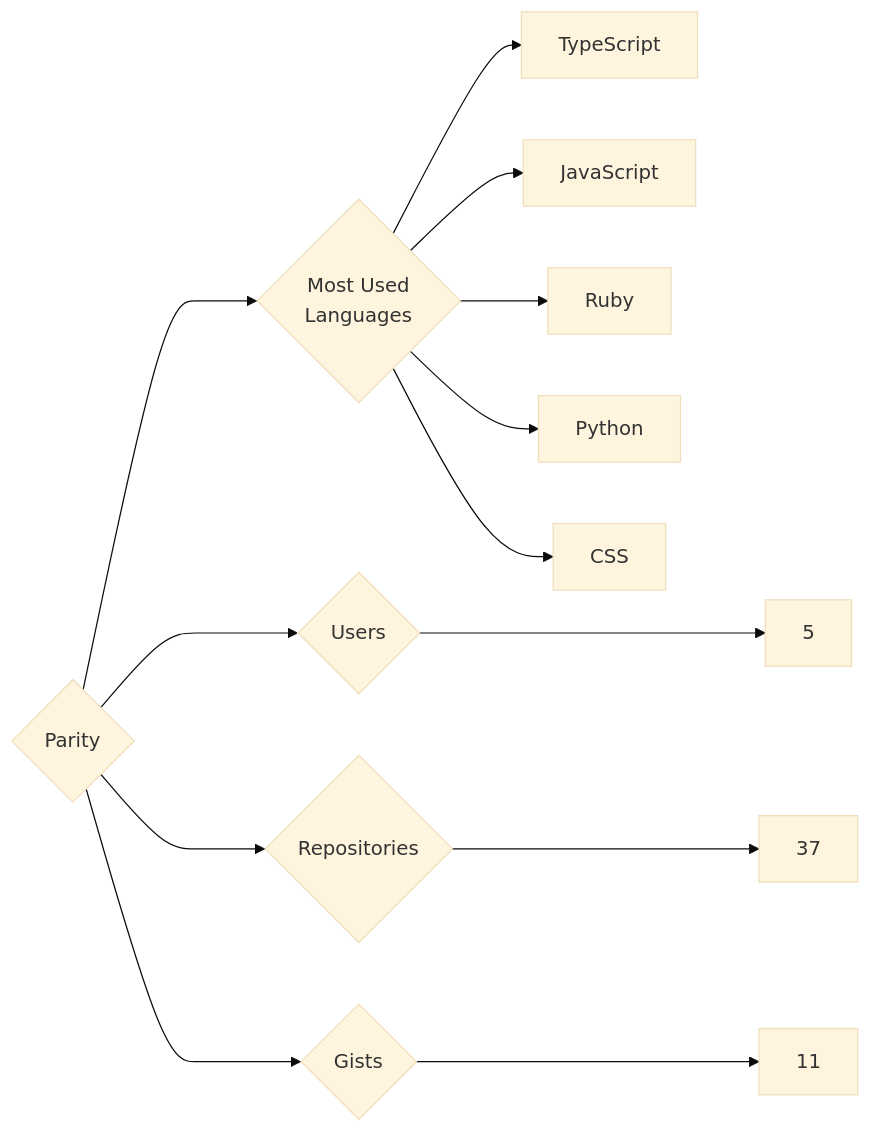
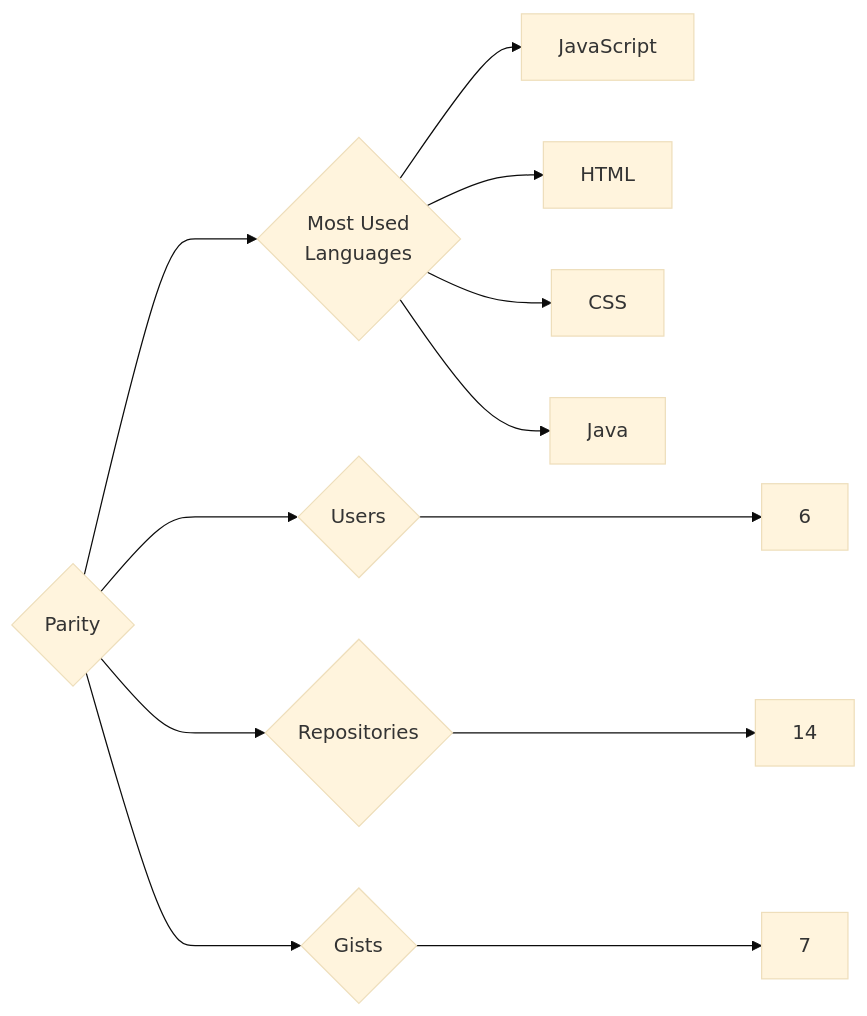
Before and after one commit to trickest/insiders: the diagram in targets/Parity/README.md, drawn with Mermaid (base theme). The commit also changed 1496 other files, not shown here.

````diff
--- a/targets/Parity/README.md
+++ b/targets/Parity/README.md
@@ -3,13 +3,12 @@
 ```mermaid
 graph LR
 COMPANY_NAME{Parity}
-COMPANY_NAME ---> U{Users} ---> UN[5]
-COMPANY_NAME ---> R{Repositories} ---> RN[37]
-COMPANY_NAME ---> G{Gists} ---> GN[11]
+COMPANY_NAME ---> U{Users} ---> UN[6]
+COMPANY_NAME ---> R{Repositories} ---> RN[14]
+COMPANY_NAME ---> G{Gists} ---> GN[7]
 COMPANY_NAME ---> ML{Most Used<br>Languages}
-ML --> TypeScript[TypeScript]
 ML --> JavaScript[JavaScript]
-ML --> Ruby[Ruby]
-ML --> Python[Python]
+ML --> HTML[HTML]
 ML --> CSS[CSS]
+ML --> Java[Java]
 ```
````
